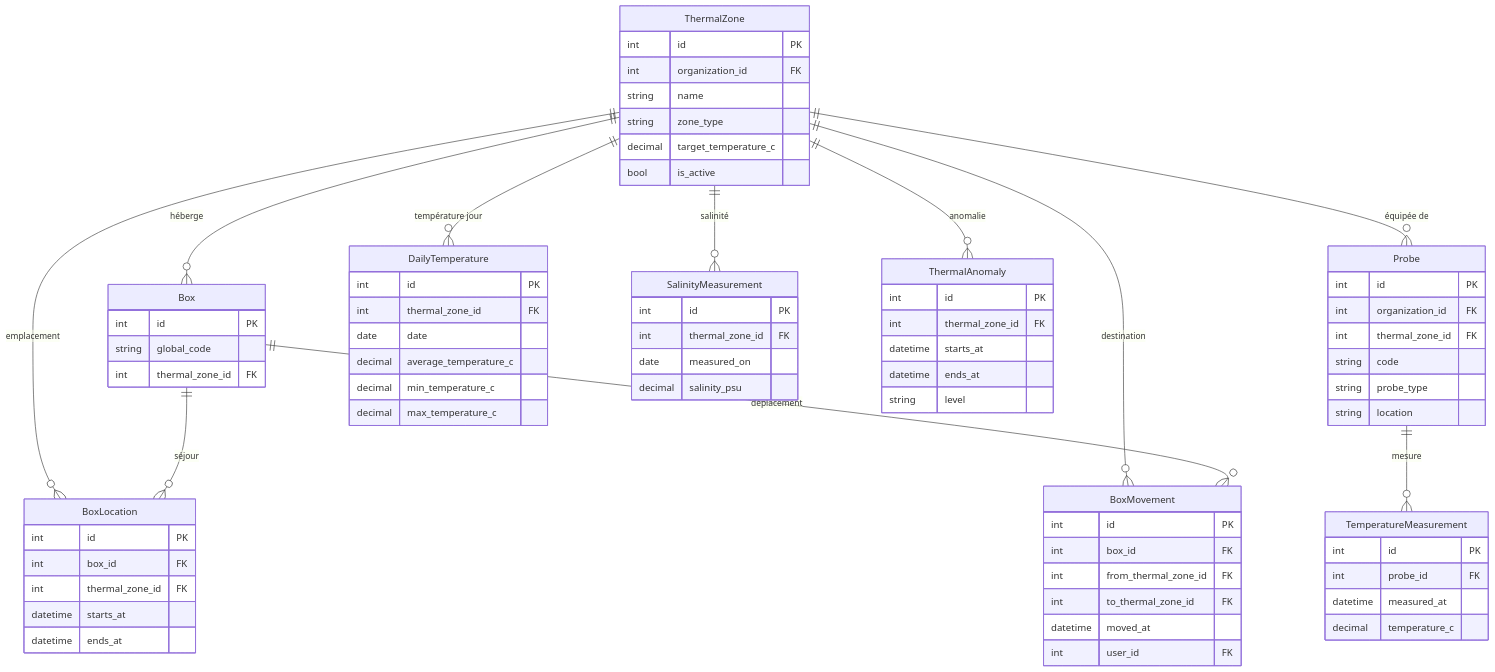
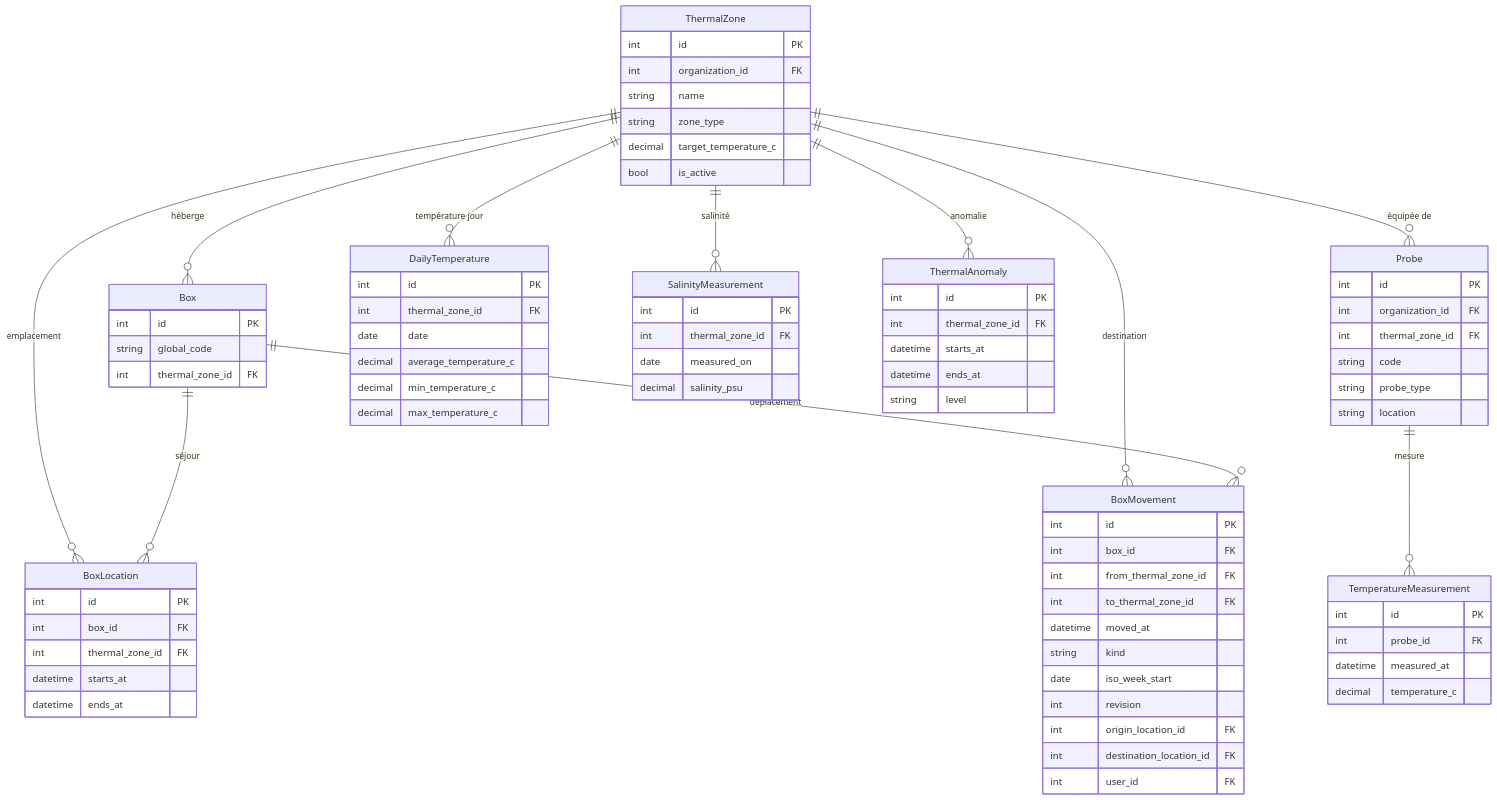
The second of 3 diagrams in docs/mcd/schema_bdd.md (Anthony2210/POLYPBASE), drawn with Mermaid before and after one commit. The commit also changed other lines of this file and 17 other files, not shown here.

````diff
--- a/docs/mcd/schema_bdd.md
+++ b/docs/mcd/schema_bdd.md
@@ -130,77 +158,82 @@
 ```mermaid
 erDiagram
     ThermalZone ||--o{ Box : "héberge"
     ThermalZone ||--o{ BoxLocation : "emplacement"
     ThermalZone ||--o{ BoxMovement : "destination"
     ThermalZone ||--o{ Probe : "équipée de"
     ThermalZone ||--o{ DailyTemperature : "température jour"
     ThermalZone ||--o{ SalinityMeasurement : "salinité"
     ThermalZone ||--o{ ThermalAnomaly : "anomalie"
     Box ||--o{ BoxLocation : "séjour"
     Box ||--o{ BoxMovement : "déplacement"
     Probe ||--o{ TemperatureMeasurement : "mesure"
 
     ThermalZone {
         int id PK
         int organization_id FK
         string name
         string zone_type
         decimal target_temperature_c
         bool is_active
     }
     Box {
         int id PK
         string global_code
         int thermal_zone_id FK
     }
     BoxLocation {
         int id PK
         int box_id FK
         int thermal_zone_id FK
         datetime starts_at
         datetime ends_at
     }
     BoxMovement {
         int id PK
         int box_id FK
         int from_thermal_zone_id FK
         int to_thermal_zone_id FK
         datetime moved_at
+        string kind
+        date iso_week_start
+        int revision
+        int origin_location_id FK
+        int destination_location_id FK
         int user_id FK
     }
     Probe {
         int id PK
         int organization_id FK
         int thermal_zone_id FK
         string code
         string probe_type
         string location
     }
     TemperatureMeasurement {
         int id PK
         int probe_id FK
         datetime measured_at
         decimal temperature_c
     }
     DailyTemperature {
         int id PK
         int thermal_zone_id FK
         date date
         decimal average_temperature_c
         decimal min_temperature_c
         decimal max_temperature_c
     }
     SalinityMeasurement {
         int id PK
         int thermal_zone_id FK
         date measured_on
         decimal salinity_psu
     }
     ThermalAnomaly {
         int id PK
         int thermal_zone_id FK
         datetime starts_at
         datetime ends_at
         string level
     }
 ```
````
